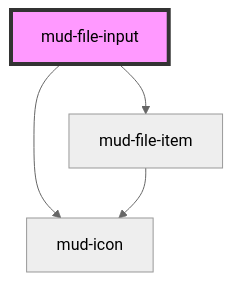
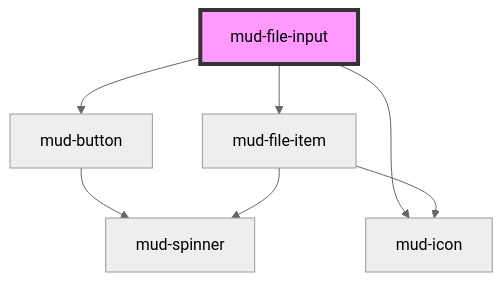
One commit to egov-moldova/design-system changed the diagram in src/components/mud-file-input/readme.md. Above: the diagram before and after it, drawn with Mermaid (neutral theme). The commit also changed other lines of this file and 153 other files, not shown here.

````diff
--- a/src/components/mud-file-input/readme.md
+++ b/src/components/mud-file-input/readme.md
@@ -101,7 +104,10 @@
 ```mermaid
 graph TD;
+  mud-file-input --> mud-button
   mud-file-input --> mud-icon
   mud-file-input --> mud-file-item
+  mud-button --> mud-spinner
+  mud-file-item --> mud-spinner
   mud-file-item --> mud-icon
   style mud-file-input fill:#f9f,stroke:#333,stroke-width:4px
 ```
````
